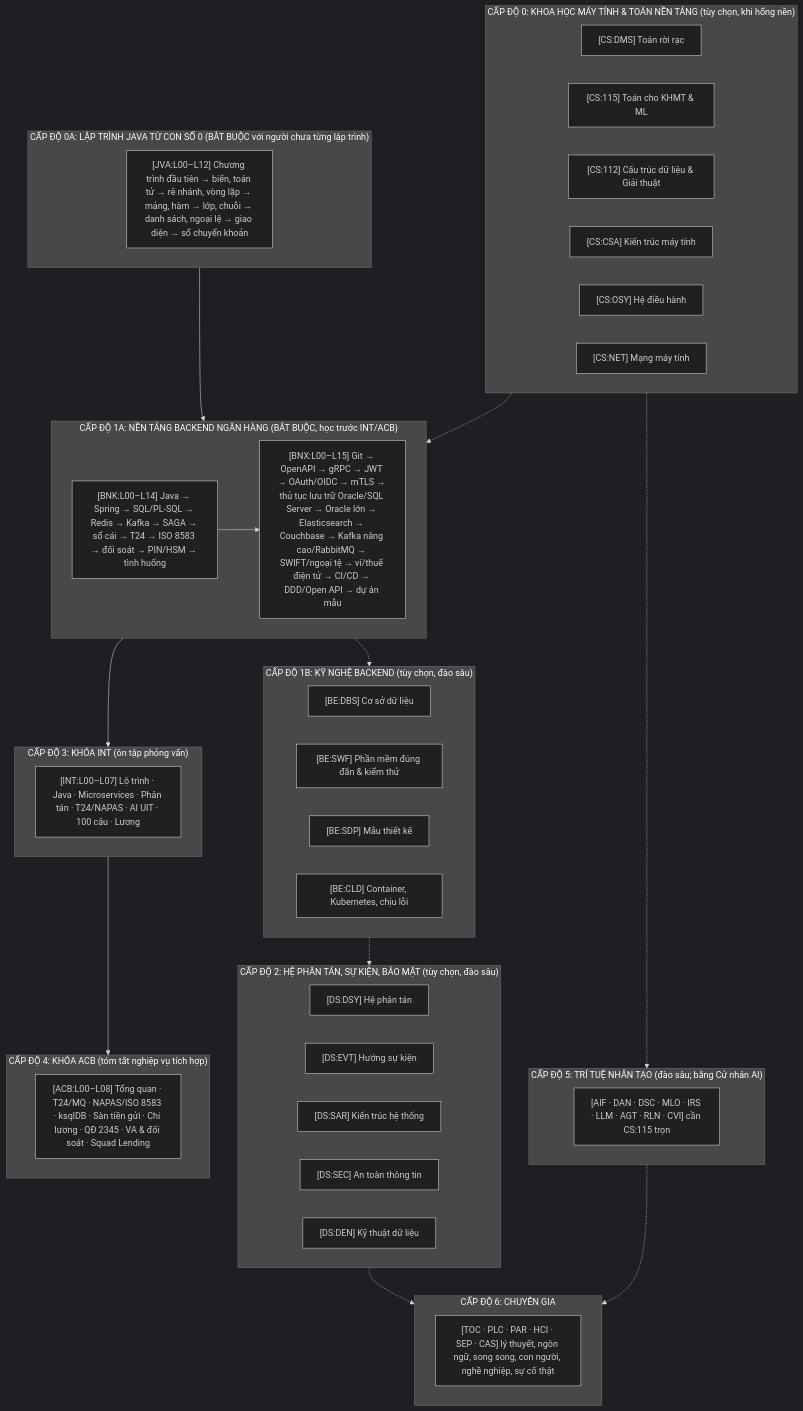
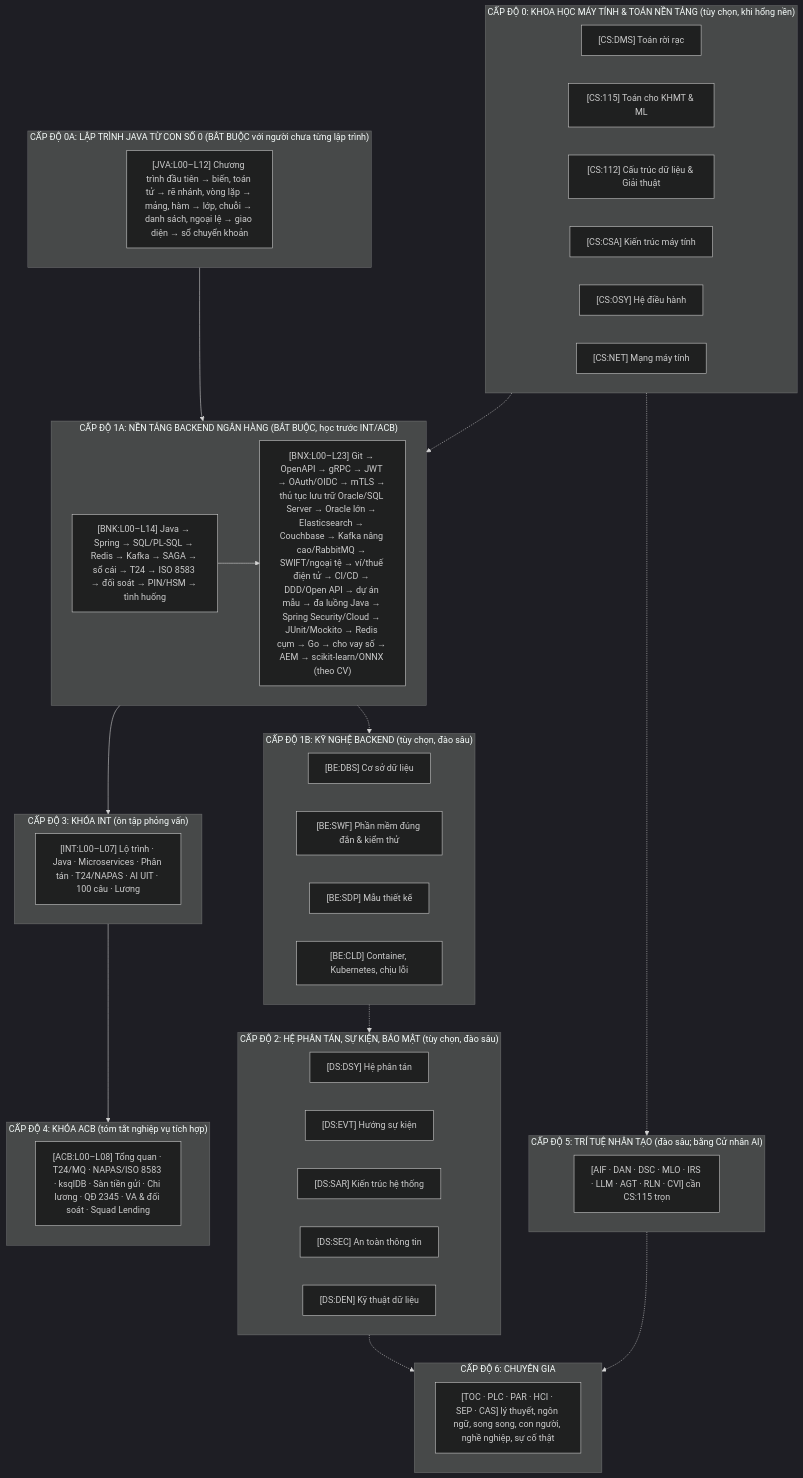
The diagram in interview/MASTER_CURRICULUM_INDEX.md (ducpm196/research-video), drawn with Mermaid (dark theme) before and after one commit. The commit also changed other lines of this file and 398 other files, not shown here.

````diff
--- a/interview/MASTER_CURRICULUM_INDEX.md
+++ b/interview/MASTER_CURRICULUM_INDEX.md
@@ -14,51 +14,51 @@
 ```mermaid
 flowchart TD
     subgraph L0["CẤP ĐỘ 0: KHOA HỌC MÁY TÍNH & TOÁN NỀN TẢNG (tùy chọn, khi hổng nền)"]
         CS_DMS["[CS:DMS] Toán rời rạc"]
         CS_115["[CS:115] Toán cho KHMT & ML"]
         CS_112["[CS:112] Cấu trúc dữ liệu & Giải thuật"]
         CS_CSA["[CS:CSA] Kiến trúc máy tính"]
         CS_OSY["[CS:OSY] Hệ điều hành"]
         CS_NET["[CS:NET] Mạng máy tính"]
     end
     subgraph LJ["CẤP ĐỘ 0A: LẬP TRÌNH JAVA TỪ CON SỐ 0 (BẮT BUỘC với người chưa từng lập trình)"]
         JVA["[JVA:L00–L12] Chương trình đầu tiên → biến, toán tử → rẽ nhánh, vòng lặp → mảng, hàm → lớp, chuỗi → danh sách, ngoại lệ → giao diện → sổ chuyển khoản"]
     end
     subgraph LB["CẤP ĐỘ 1A: NỀN TẢNG BACKEND NGÂN HÀNG (BẮT BUỘC, học trước INT/ACB)"]
         BNK["[BNK:L00–L14] Java → Spring → SQL/PL-SQL → Redis → Kafka → SAGA → sổ cái → T24 → ISO 8583 → đối soát → PIN/HSM → tình huống"]
-        BNX["[BNX:L00–L15] Git → OpenAPI → gRPC → JWT → OAuth/OIDC → mTLS → thủ tục lưu trữ Oracle/SQL Server → Oracle lớn → Elasticsearch → Couchbase → Kafka nâng cao/RabbitMQ → SWIFT/ngoại tệ → ví/thuế điện tử → CI/CD → DDD/Open API → dự án mẫu"]
+        BNX["[BNX:L00–L23] Git → OpenAPI → gRPC → JWT → OAuth/OIDC → mTLS → thủ tục lưu trữ Oracle/SQL Server → Oracle lớn → Elasticsearch → Couchbase → Kafka nâng cao/RabbitMQ → SWIFT/ngoại tệ → ví/thuế điện tử → CI/CD → DDD/Open API → dự án mẫu → đa luồng Java → Spring Security/Cloud → JUnit/Mockito → Redis cụm → Go → cho vay số → AEM → scikit-learn/ONNX (theo CV)"]
         BNK --> BNX
     end
     subgraph L5["CẤP ĐỘ 5: TRÍ TUỆ NHÂN TẠO (đào sâu; bằng Cử nhân AI)"]
         AI["[AIF · DAN · DSC · MLO · IRS · LLM · AGT · RLN · CVI] cần CS:115 trọn"]
     end
     subgraph L6["CẤP ĐỘ 6: CHUYÊN GIA"]
         EXP["[TOC · PLC · PAR · HCI · SEP · CAS] lý thuyết, ngôn ngữ, song song, con người, nghề nghiệp, sự cố thật"]
     end
     subgraph L1["CẤP ĐỘ 1B: KỸ NGHỆ BACKEND (tùy chọn, đào sâu)"]
         BE_DBS["[BE:DBS] Cơ sở dữ liệu"]
         BE_SWF["[BE:SWF] Phần mềm đúng đắn & kiểm thử"]
         BE_SDP["[BE:SDP] Mẫu thiết kế"]
         BE_CLD["[BE:CLD] Container, Kubernetes, chịu lỗi"]
     end
     subgraph L2["CẤP ĐỘ 2: HỆ PHÂN TÁN, SỰ KIỆN, BẢO MẬT (tùy chọn, đào sâu)"]
         DS_DSY["[DS:DSY] Hệ phân tán"]
         DS_EVT["[DS:EVT] Hướng sự kiện"]
         DS_SAR["[DS:SAR] Kiến trúc hệ thống"]
         DS_SEC["[DS:SEC] An toàn thông tin"]
         DS_DEN["[DS:DEN] Kỹ thuật dữ liệu"]
     end
     subgraph L3["CẤP ĐỘ 3: KHÓA INT (ôn tập phỏng vấn)"]
         INT["[INT:L00–L07] Lộ trình · Java · Microservices · Phân tán · T24/NAPAS · AI UIT · 100 câu · Lương"]
     end
     subgraph L4["CẤP ĐỘ 4: KHÓA ACB (tóm tắt nghiệp vụ tích hợp)"]
         ACB["[ACB:L00–L08] Tổng quan · T24/MQ · NAPAS/ISO 8583 · ksqlDB · Sàn tiền gửi · Chi lương · QĐ 2345 · VA & đối soát · Squad Lending"]
     end
     LJ --> LB
     L0 -.-> LB
     LB --> L3 --> L4
     LB -.-> L1 -.-> L2
     L0 -.-> L5
     L2 -.-> L6
     L5 -.-> L6
 ```
````
